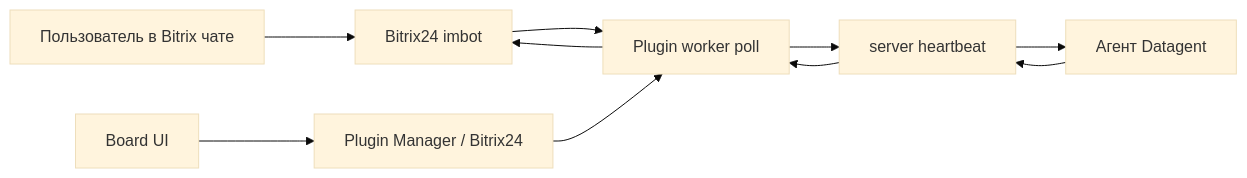
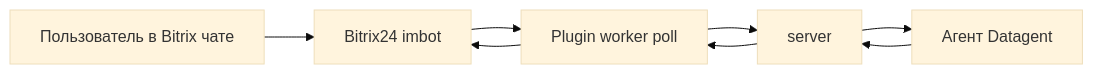
Before and after one commit to Dmitriion/datagent-docs: the diagram in docs/integrations/bitrix24.md, drawn with Mermaid (base theme). The commit also changed other lines of this file and 5 other files, not shown here.

````diff
--- a/docs/integrations/bitrix24.md
+++ b/docs/integrations/bitrix24.md
@@ -93,12 +66,10 @@
 ```mermaid
 flowchart LR
   User[Пользователь в Bitrix чате] --> B24[Bitrix24 imbot]
   B24 --> Poll[Plugin worker poll]
-  Poll --> Srv[server heartbeat]
+  Poll --> Srv[server]
   Srv --> Agent[Агент Datagent]
   Agent --> Srv
   Srv --> Poll
   Poll --> B24
-  Board[Board UI] --> PM[Plugin Manager / Bitrix24]
-  PM --> Poll
 ```
````
